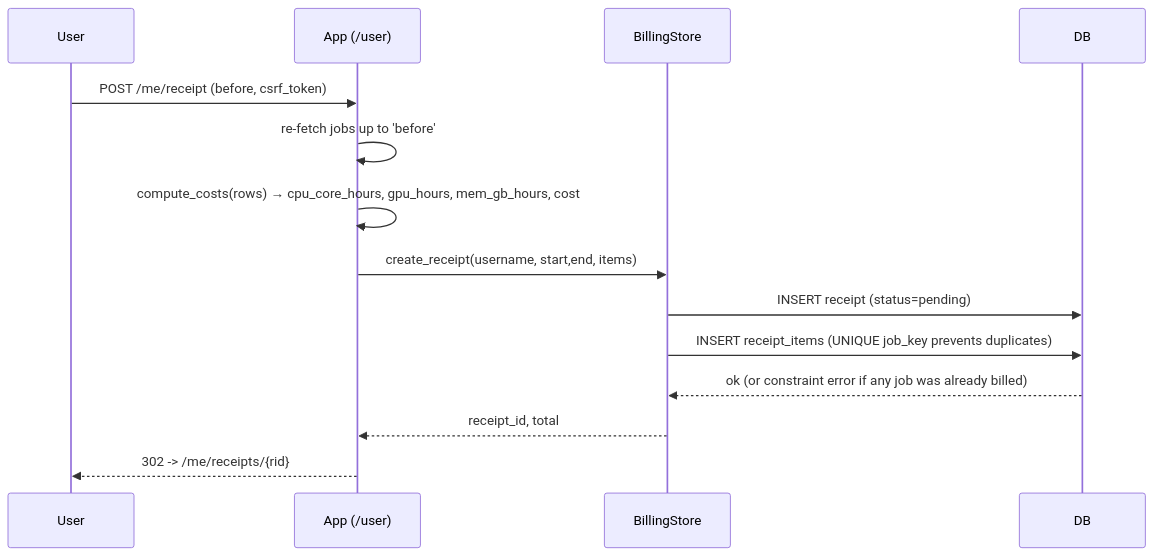
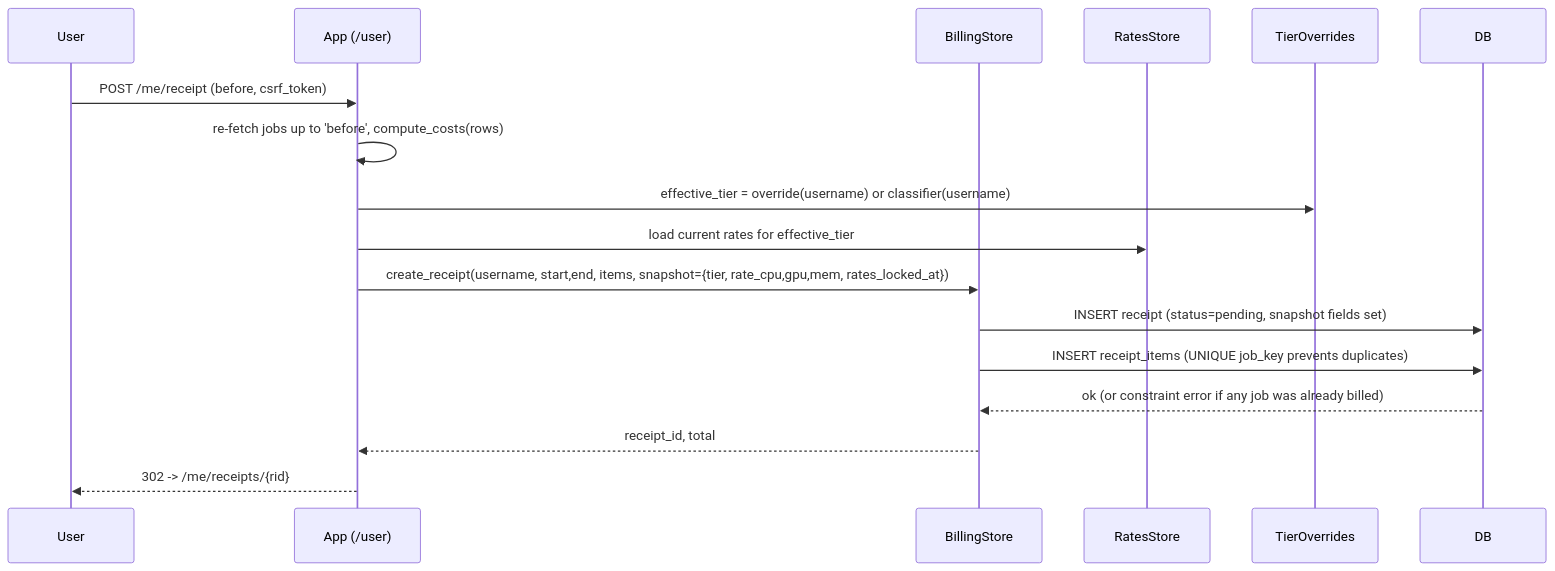
The third of 15 diagrams in docs/05-flows.md (Purinat33/hpc_flask), drawn with Mermaid before and after one commit. The commit also changed other lines of this file and 4 other files, not shown here.

````diff
--- a/docs/05-flows.md
+++ b/docs/05-flows.md
@@ -95,17 +96,20 @@
 ```mermaid
 sequenceDiagram
   participant U as User
   participant App as App (/user)
   participant B as BillingStore
+  participant R as RatesStore
+  participant TI as TierOverrides
   participant DB as DB
 
   U->>App: POST /me/receipt (before, csrf_token)
-  App->>App: re-fetch jobs up to 'before'
-  App->>App: compute_costs(rows) → cpu_core_hours, gpu_hours, mem_gb_hours, cost
-  App->>B: create_receipt(username, start,end, items)
-  B->>DB: INSERT receipt (status=pending)
+  App->>App: re-fetch jobs up to 'before', compute_costs(rows)
+  App->>TI: effective_tier = override(username) or classifier(username)
+  App->>R: load current rates for effective_tier
+  App->>B: create_receipt(username, start,end, items, snapshot={tier, rate_cpu,gpu,mem, rates_locked_at})
+  B->>DB: INSERT receipt (status=pending, snapshot fields set)
   B->>DB: INSERT receipt_items (UNIQUE job_key prevents duplicates)
   DB-->>B: ok (or constraint error if any job was already billed)
   B-->>App: receipt_id, total
   App-->>U: 302 -> /me/receipts/{rid}
 ```
````
